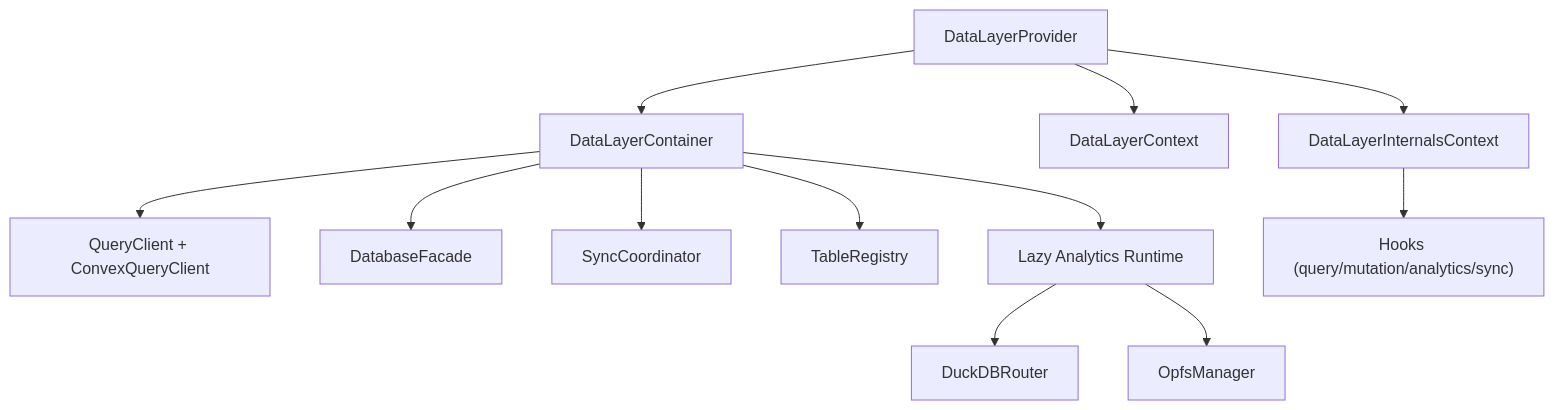
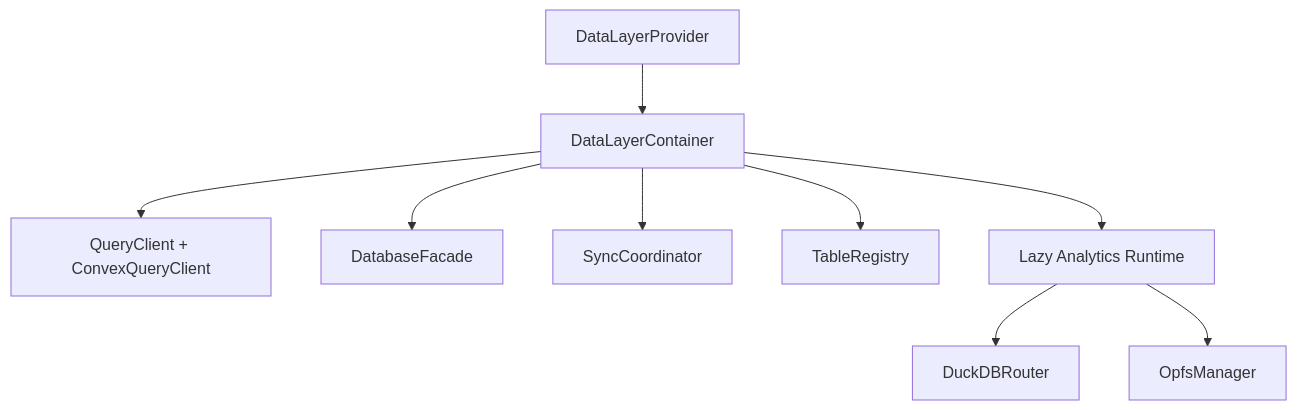
One commit to zamp-nexus/ui-monorepo changed the diagram in libs/foundation/data-layer/README.md. Above: the diagram before and after it, drawn with Mermaid. The commit also changed other lines of this file and 30 other files, not shown here.

````diff
--- a/libs/foundation/data-layer/README.md
+++ b/libs/foundation/data-layer/README.md
@@ -173,14 +119,11 @@
 ```mermaid
 flowchart TD
   A["DataLayerProvider"] --> B["DataLayerContainer"]
   B --> C["QueryClient + ConvexQueryClient"]
   B --> D["DatabaseFacade"]
   B --> E["SyncCoordinator"]
   B --> F["TableRegistry"]
   B --> G["Lazy Analytics Runtime"]
   G --> H["DuckDBRouter"]
   G --> I["OpfsManager"]
-  A --> J["DataLayerContext"]
-  A --> K["DataLayerInternalsContext"]
-  K --> L["Hooks (query/mutation/analytics/sync)"]
 ```
````
